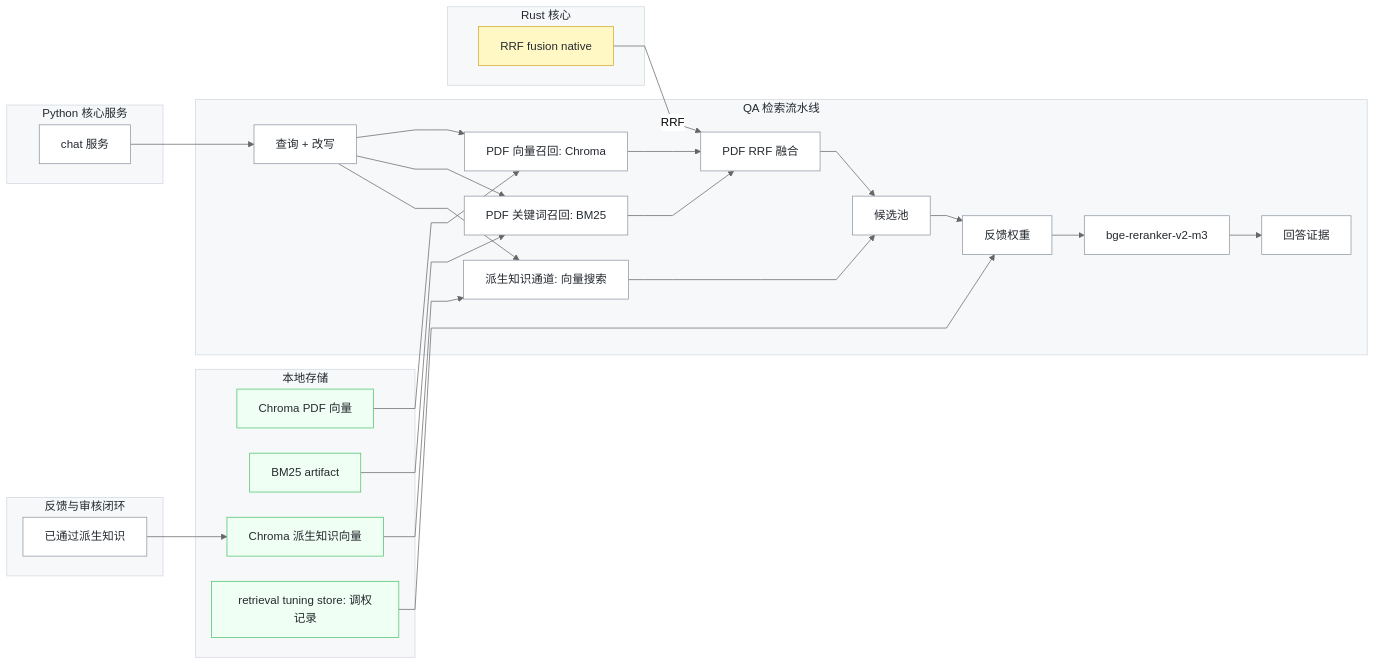
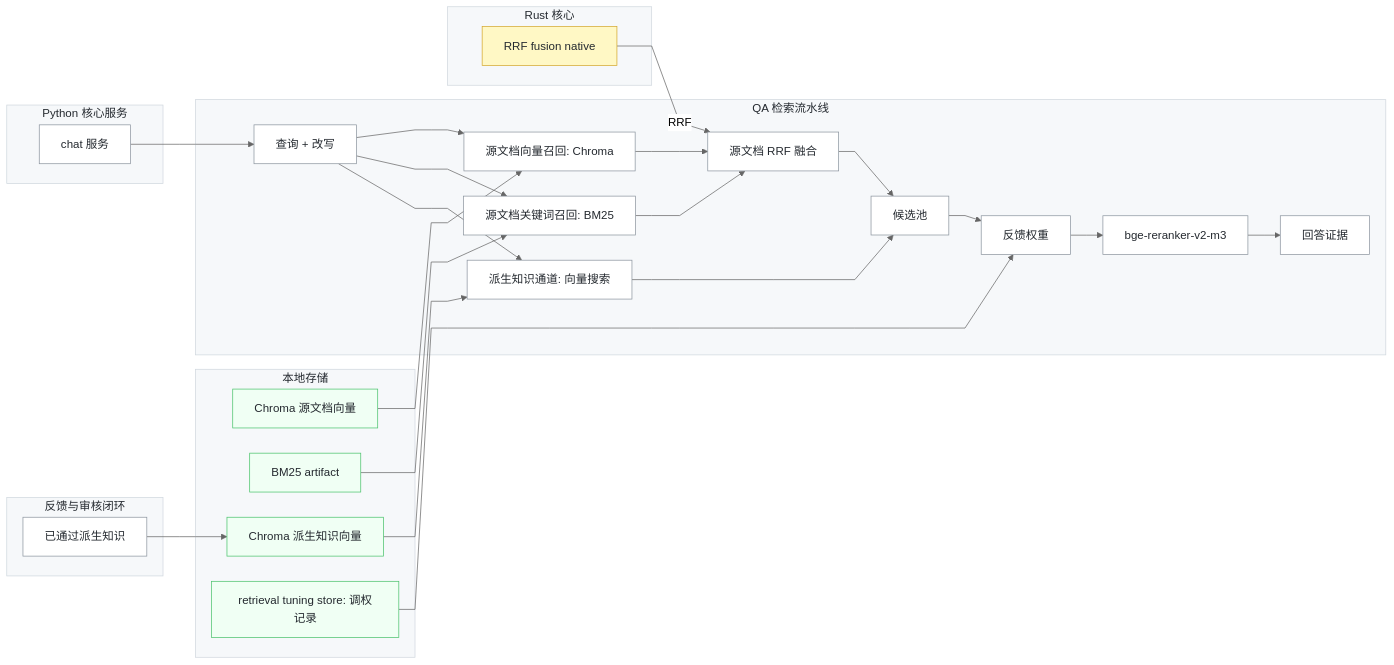
Before and after one commit to jikongabc/CogDoc: the third of 4 diagrams in docs/README_zh-CN.md, drawn with Mermaid. The commit also changed other lines of this file and 133 other files, not shown here.

````diff
--- a/docs/README_zh-CN.md
+++ b/docs/README_zh-CN.md
@@ -456,67 +481,67 @@
 ```mermaid
 %%{init: {"theme":"neutral","flowchart":{"curve":"linear","nodeSpacing":35,"rankSpacing":45}}}%%
 flowchart LR
     classDef node fill:#ffffff,stroke:#8c959f,stroke-width:1px,color:#24292f
     classDef storage fill:#f0fff4,stroke:#4ac26b,stroke-width:1px,color:#24292f
     classDef native fill:#fff8c5,stroke:#d4a72c,stroke-width:1px,color:#24292f
 
     subgraph SERVICES["Python 核心服务"]
         CHAT["chat 服务"]
     end
 
     subgraph STORE["本地存储"]
-        PDFVEC["Chroma PDF 向量"]
+        PDFVEC["Chroma 源文档向量"]
         BM25["BM25 artifact"]
         DKVEC["Chroma 派生知识向量"]
         TUNESTORE["retrieval tuning store: 调权记录"]
     end
 
     subgraph RETRIEVAL["QA 检索流水线"]
         QUERY["查询 + 改写"]
-        VECH["PDF 向量召回: Chroma"]
-        BM25CH["PDF 关键词召回: BM25"]
+        VECH["源文档向量召回: Chroma"]
+        BM25CH["源文档关键词召回: BM25"]
         DKCH["派生知识通道: 向量搜索"]
-        FUSION["PDF RRF 融合"]
+        FUSION["源文档 RRF 融合"]
         CAND["候选池"]
         TUNE["反馈权重"]
         RERANK["bge-reranker-v2-m3"]
         EVIDENCE["回答证据"]
     end
 
     subgraph KNOWLEDGE["反馈与审核闭环"]
         APPROVED["已通过派生知识"]
     end
 
     subgraph NATIVE["Rust 核心"]
         RUST["RRF fusion native"]
     end
 
     CHAT --> QUERY
     QUERY --> VECH
     QUERY --> BM25CH
     QUERY --> DKCH
     PDFVEC --> VECH
     BM25 --> BM25CH
     APPROVED --> DKVEC
     DKVEC --> DKCH
     VECH --> FUSION
     BM25CH --> FUSION
     RUST -->|RRF| FUSION
 
     DKCH --> CAND
     FUSION --> CAND
     CAND --> TUNE
     TUNE --> RERANK
     RERANK --> EVIDENCE
 
     TUNESTORE --> TUNE
 
     style SERVICES fill:#f6f8fa,stroke:#d0d7de,stroke-width:1px,color:#24292f
     style STORE fill:#f6f8fa,stroke:#d0d7de,stroke-width:1px,color:#24292f
     style RETRIEVAL fill:#f6f8fa,stroke:#d0d7de,stroke-width:1px,color:#24292f
     style KNOWLEDGE fill:#f6f8fa,stroke:#d0d7de,stroke-width:1px,color:#24292f
     style NATIVE fill:#f6f8fa,stroke:#d0d7de,stroke-width:1px,color:#24292f
     class CHAT,QUERY,VECH,BM25CH,DKCH,FUSION,CAND,TUNE,RERANK,EVIDENCE,APPROVED node
     class PDFVEC,DKVEC,BM25,TUNESTORE storage
     class RUST native
 ```
````
